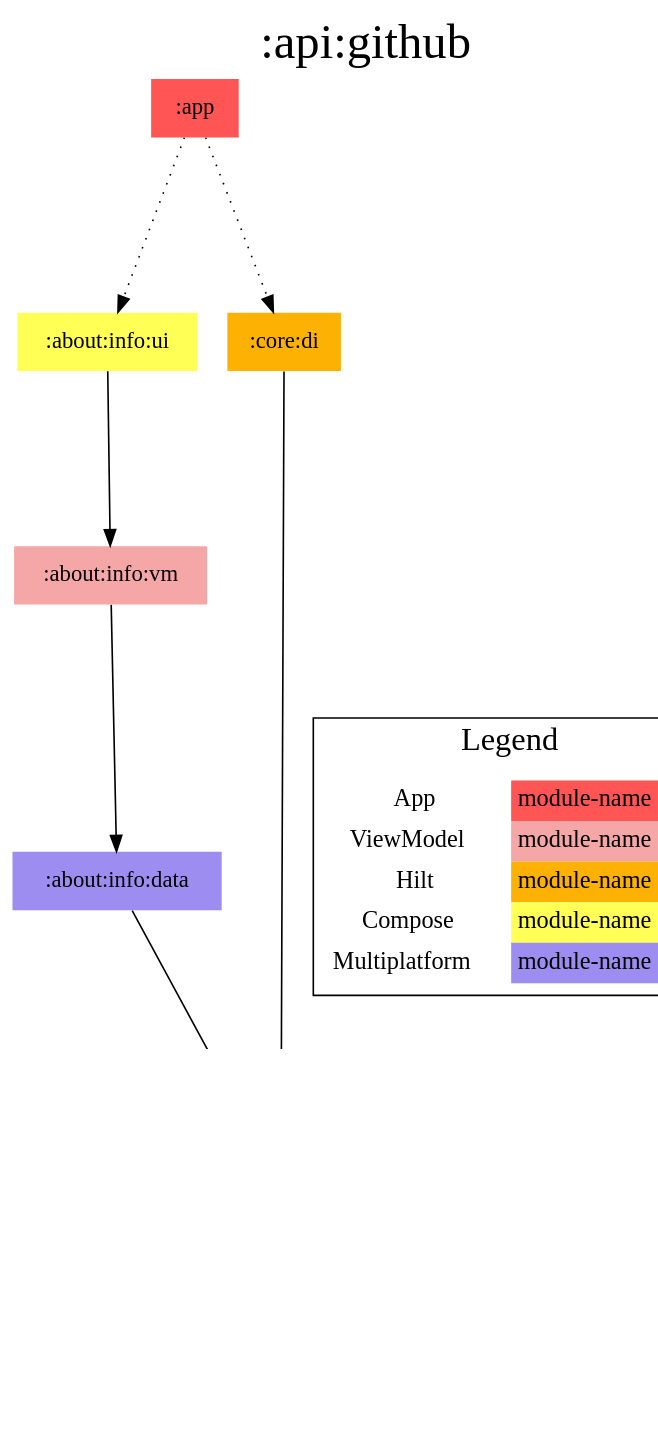
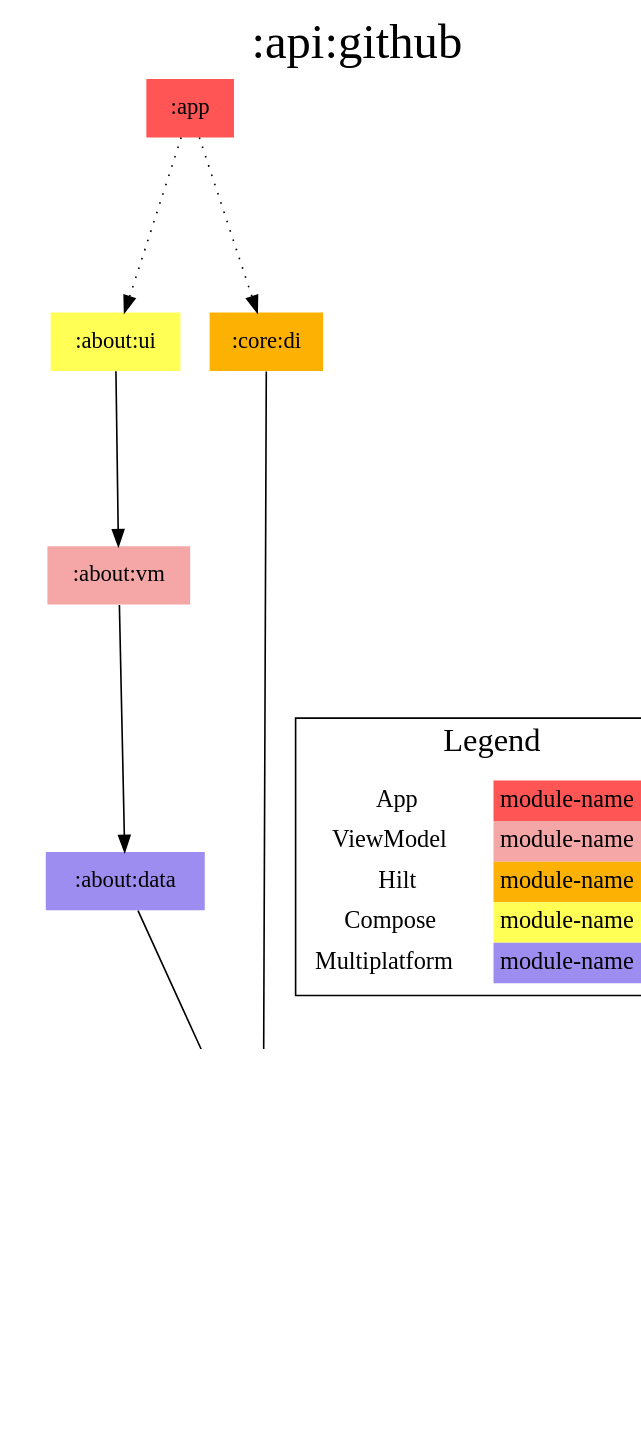
The diagram in modules/api/github/modules.dot (jonapoul/aktual), drawn with Graphviz before and after one commit. The commit also changed 153 other files, not shown here.

Commit message:
Merge licenses/info into about

```diff
--- a/modules/api/github/modules.dot
+++ b/modules/api/github/modules.dot
@@ -1,39 +1,39 @@
 digraph {
 edge ["dir"="forward"]
 graph ["dpi"="100","label"=":api:github","labelloc"="t","fontsize"="30","ranksep"="1.5","rankdir"="TB"]
 node ["style"="filled"]
-":about:info:data" ["fillcolor"="#9D8DF1","shape"="none"]
-":about:info:ui" ["fillcolor"="#FFFF55","shape"="none"]
-":about:info:vm" ["fillcolor"="#F5A6A6","shape"="none"]
+":about:data" ["fillcolor"="#9D8DF1","shape"="none"]
+":about:ui" ["fillcolor"="#FFFF55","shape"="none"]
+":about:vm" ["fillcolor"="#F5A6A6","shape"="none"]
 ":api:github" ["fillcolor"="#9D8DF1","color"="black","penwidth"="3","shape"="box"]
 ":app" ["fillcolor"="#FF5555","shape"="none"]
 ":codegen:annotation" ["fillcolor"="#9D8DF1","shape"="none"]
 ":core:di" ["fillcolor"="#FCB103","shape"="none"]
 ":core:model" ["fillcolor"="#9D8DF1","shape"="none"]
 {
 edge ["dir"="none"]
 graph ["rank"="same"]
 ":api:github"
 }
-":about:info:data" -> ":api:github"
-":about:info:ui" -> ":about:info:vm"
-":about:info:vm" -> ":about:info:data"
+":about:data" -> ":api:github"
+":about:ui" -> ":about:vm"
+":about:vm" -> ":about:data"
 ":api:github" -> ":codegen:annotation" ["style"="dotted"]
 ":api:github" -> ":core:model"
-":app" -> ":about:info:ui" ["style"="dotted"]
+":app" -> ":about:ui" ["style"="dotted"]
 ":app" -> ":core:di" ["style"="dotted"]
 ":core:di" -> ":api:github"
 subgraph "cluster_legend" {
 edge ["dir"="none"]
 graph ["label"="Legend","fontsize"="20"]
 "Legend" ["style"="filled","fillcolor"="#FFFFFF","shape"="none","margin"="0","fontsize"="15","label"=<
 <TABLE BORDER="0" CELLBORDER="0" CELLSPACING="0" CELLPADDING="4">
 <TR><TD>App</TD><TD BGCOLOR="#FF5555">module-name</TD></TR>
 <TR><TD>ViewModel</TD><TD BGCOLOR="#F5A6A6">module-name</TD></TR>
 <TR><TD>Hilt</TD><TD BGCOLOR="#FCB103">module-name</TD></TR>
 <TR><TD>Compose</TD><TD BGCOLOR="#FFFF55">module-name</TD></TR>
 <TR><TD>Multiplatform</TD><TD BGCOLOR="#9D8DF1">module-name</TD></TR>
 </TABLE>
 >]
 } -> ":api:github" ["style"="invis"]
 }
```
